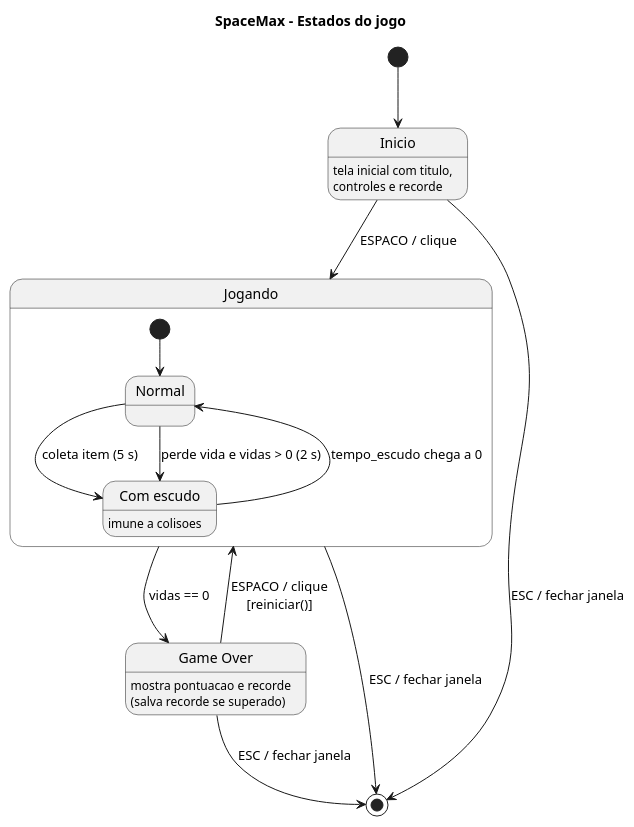
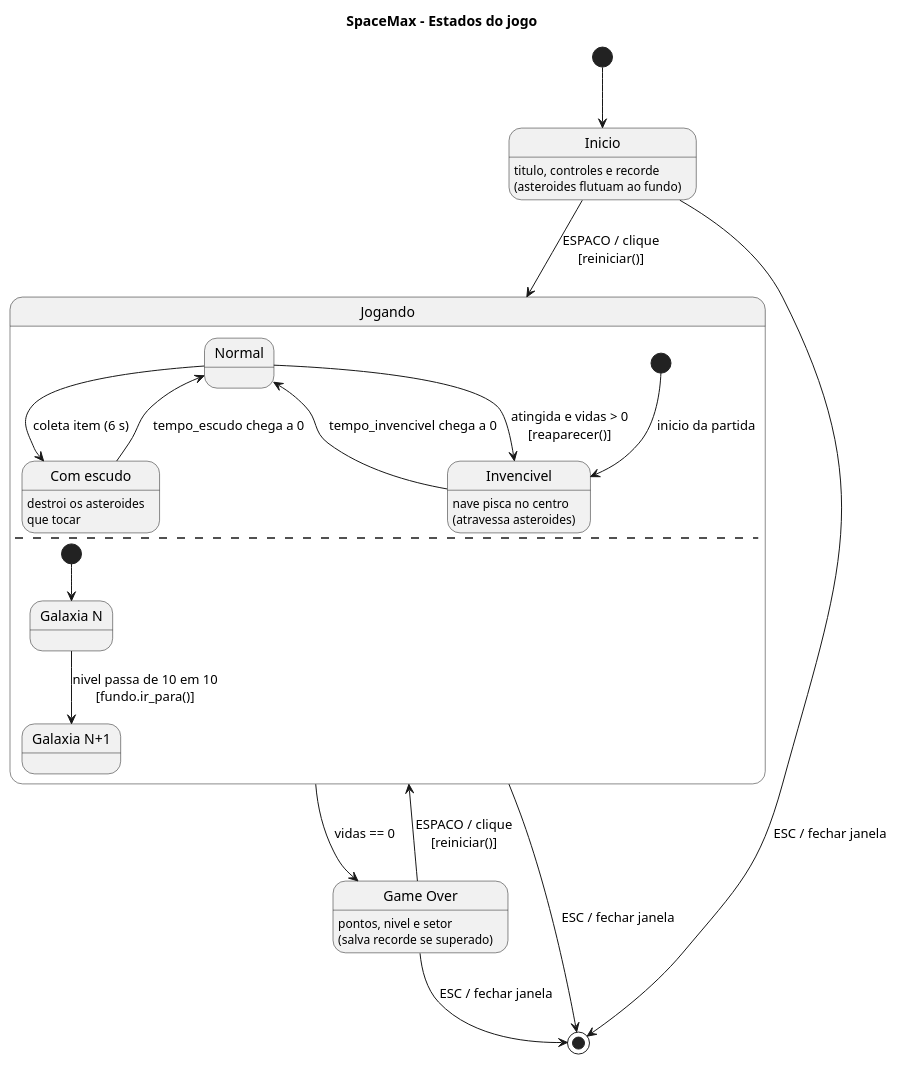
Before and after one commit to viniciussantos184/SpaceMax: the diagram in docs/uml/estados.puml, drawn with PlantUML. The commit also changed 27 other files, not shown here.

```diff
--- a/docs/uml/estados.puml
+++ b/docs/uml/estados.puml
@@ -1,26 +1,33 @@
 @startuml estados
 title SpaceMax - Estados do jogo
 
 [*] --> Inicio
 
-state "Inicio" as Inicio : tela inicial com titulo,\ncontroles e recorde
+state "Inicio" as Inicio : titulo, controles e recorde\n(asteroides flutuam ao fundo)
 state "Jogando" as Jogando {
   state "Normal" as Normal
-  state "Com escudo" as Escudo : imune a colisoes
+  state "Invencivel" as Invencivel : nave pisca no centro\n(atravessa asteroides)
+  state "Com escudo" as Escudo : destroi os asteroides\nque tocar
 
-  [*] --> Normal
-  Normal --> Escudo : coleta item (5 s)
-  Normal --> Escudo : perde vida e vidas > 0 (2 s)
+  [*] --> Invencivel : inicio da partida
+  Invencivel --> Normal : tempo_invencivel chega a 0
+  Normal --> Invencivel : atingida e vidas > 0\n[reaparecer()]
+  Normal --> Escudo : coleta item (6 s)
   Escudo --> Normal : tempo_escudo chega a 0
+  --
+  state "Galaxia N" as GalaxiaN
+  state "Galaxia N+1" as GalaxiaN1
+  [*] --> GalaxiaN
+  GalaxiaN --> GalaxiaN1 : nivel passa de 10 em 10\n[fundo.ir_para()]
 }
-state "Game Over" as GameOver : mostra pontuacao e recorde\n(salva recorde se superado)
+state "Game Over" as GameOver : pontos, nivel e setor\n(salva recorde se superado)
 
-Inicio --> Jogando : ESPACO / clique
+Inicio --> Jogando : ESPACO / clique\n[reiniciar()]
 Jogando --> GameOver : vidas == 0
 GameOver --> Jogando : ESPACO / clique\n[reiniciar()]
 
 Inicio --> [*] : ESC / fechar janela
 Jogando --> [*] : ESC / fechar janela
 GameOver --> [*] : ESC / fechar janela
 
 @enduml
```
